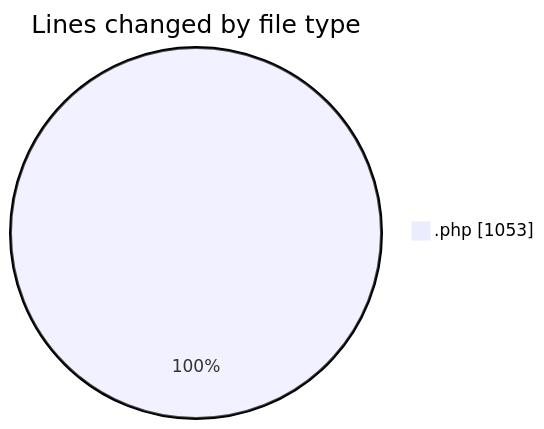
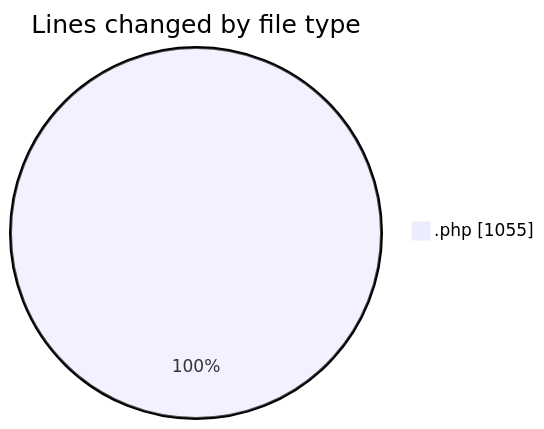
The first of 2 diagrams in 2025-01-22/oficina/README.md (LanceThiago/code-tracking), drawn with Mermaid before and after one commit. The commit also changed other lines of this file and 1 other file, not shown here.

````diff
--- a/2025-01-22/oficina/README.md
+++ b/2025-01-22/oficina/README.md
@@ -24,5 +24,5 @@
 ```mermaid
 pie showData
 title Lines changed by file type
-".php" : 1053
+".php" : 1055
 ```
````
